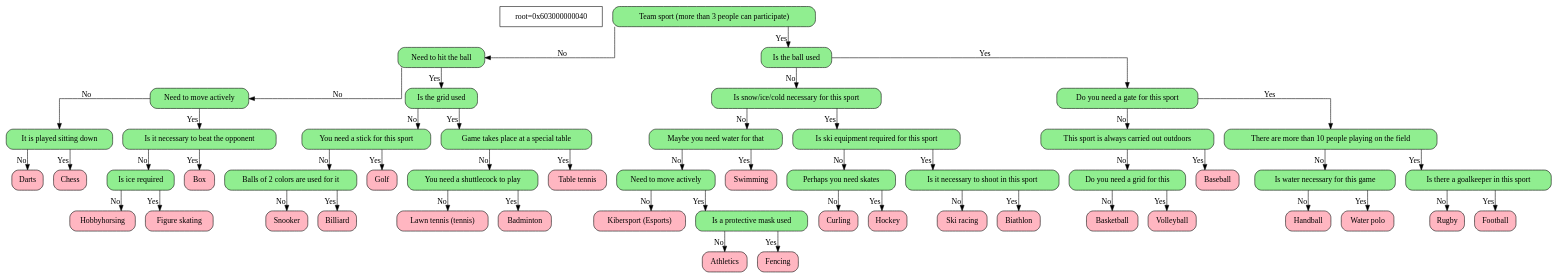
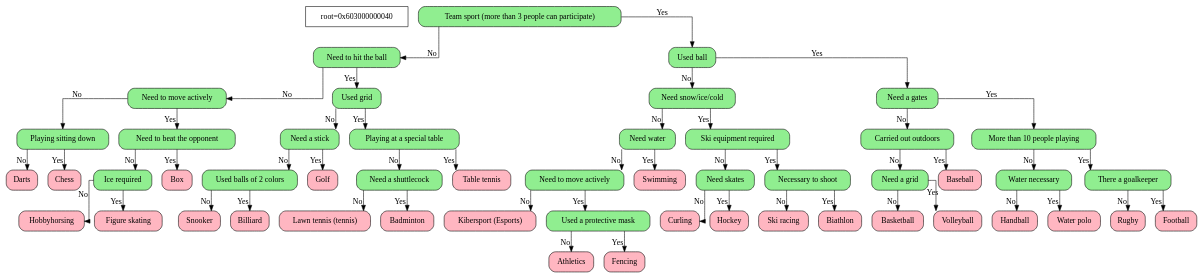
One commit to Yan103/Akinator changed the diagram in DumpFiles/dump.dot. Above: the diagram before and after it, drawn with Graphviz. The commit also changed 10 other files, not shown here.

```diff
--- a/DumpFiles/dump.dot
+++ b/DumpFiles/dump.dot
@@ -9,71 +9,71 @@
 	node0x603000000070->node0x6030000000a0[xlabel="No"]
 	node0x6030000000a0[shape=Mrecord,style="rounded,filled",fillcolor="lightgreen",label="{ Need to move actively }"]
 	node0x6030000000a0->node0x6030000000d0[xlabel="No"]
-	node0x6030000000d0[shape=Mrecord,style="rounded,filled",fillcolor="lightgreen",label="{ It is played sitting down }"]
+	node0x6030000000d0[shape=Mrecord,style="rounded,filled",fillcolor="lightgreen",label="{ Playing sitting down }"]
 	node0x6030000000d0->node0x603000000100[xlabel="No"]
 	node0x603000000100[shape=Mrecord,style="rounded,filled",fillcolor="lightpink",label="{ Darts }"]
 	node0x603000000100[shape=Mrecord,style="rounded,filled",fillcolor="lightpink",label="{ Darts }"]
-	node0x6030000000d0[shape=Mrecord,style="rounded,filled",fillcolor="lightgreen",label="{ It is played sitting down }"]
+	node0x6030000000d0[shape=Mrecord,style="rounded,filled",fillcolor="lightgreen",label="{ Playing sitting down }"]
 	node0x6030000000d0->node0x603000000130[xlabel="Yes"]
 	node0x603000000130[shape=Mrecord,style="rounded,filled",fillcolor="lightpink",label="{ Chess }"]
 	node0x603000000130[shape=Mrecord,style="rounded,filled",fillcolor="lightpink",label="{ Chess }"]
 	node0x6030000000a0[shape=Mrecord,style="rounded,filled",fillcolor="lightgreen",label="{ Need to move actively }"]
 	node0x6030000000a0->node0x603000000160[xlabel="Yes"]
-	node0x603000000160[shape=Mrecord,style="rounded,filled",fillcolor="lightgreen",label="{ Is it necessary to beat the opponent }"]
+	node0x603000000160[shape=Mrecord,style="rounded,filled",fillcolor="lightgreen",label="{ Need to beat the opponent }"]
 	node0x603000000160->node0x603000000190[xlabel="No"]
-	node0x603000000190[shape=Mrecord,style="rounded,filled",fillcolor="lightgreen",label="{ Is ice required }"]
+	node0x603000000190[shape=Mrecord,style="rounded,filled",fillcolor="lightgreen",label="{ Ice required }"]
 	node0x603000000190->node0x6030000001c0[xlabel="No"]
 	node0x6030000001c0[shape=Mrecord,style="rounded,filled",fillcolor="lightpink",label="{ Hobbyhorsing }"]
 	node0x6030000001c0[shape=Mrecord,style="rounded,filled",fillcolor="lightpink",label="{ Hobbyhorsing }"]
-	node0x603000000190[shape=Mrecord,style="rounded,filled",fillcolor="lightgreen",label="{ Is ice required }"]
+	node0x603000000190[shape=Mrecord,style="rounded,filled",fillcolor="lightgreen",label="{ Ice required }"]
 	node0x603000000190->node0x6030000001f0[xlabel="Yes"]
 	node0x6030000001f0[shape=Mrecord,style="rounded,filled",fillcolor="lightpink",label="{ Figure skating }"]
 	node0x6030000001f0[shape=Mrecord,style="rounded,filled",fillcolor="lightpink",label="{ Figure skating }"]
-	node0x603000000160[shape=Mrecord,style="rounded,filled",fillcolor="lightgreen",label="{ Is it necessary to beat the opponent }"]
+	node0x603000000160[shape=Mrecord,style="rounded,filled",fillcolor="lightgreen",label="{ Need to beat the opponent }"]
 	node0x603000000160->node0x603000000220[xlabel="Yes"]
 	node0x603000000220[shape=Mrecord,style="rounded,filled",fillcolor="lightpink",label="{ Box }"]
 	node0x603000000220[shape=Mrecord,style="rounded,filled",fillcolor="lightpink",label="{ Box }"]
 	node0x603000000070[shape=Mrecord,style="rounded,filled",fillcolor="lightgreen",label="{ Need to hit the ball }"]
 	node0x603000000070->node0x603000000250[xlabel="Yes"]
-	node0x603000000250[shape=Mrecord,style="rounded,filled",fillcolor="lightgreen",label="{ Is the grid used }"]
+	node0x603000000250[shape=Mrecord,style="rounded,filled",fillcolor="lightgreen",label="{ Used grid }"]
 	node0x603000000250->node0x603000000280[xlabel="No"]
-	node0x603000000280[shape=Mrecord,style="rounded,filled",fillcolor="lightgreen",label="{ You need a stick for this sport }"]
+	node0x603000000280[shape=Mrecord,style="rounded,filled",fillcolor="lightgreen",label="{ Need a stick }"]
 	node0x603000000280->node0x6030000002b0[xlabel="No"]
-	node0x6030000002b0[shape=Mrecord,style="rounded,filled",fillcolor="lightgreen",label="{ Balls of 2 colors are used for it }"]
+	node0x6030000002b0[shape=Mrecord,style="rounded,filled",fillcolor="lightgreen",label="{ Used balls of 2 colors }"]
 	node0x6030000002b0->node0x6030000002e0[xlabel="No"]
 	node0x6030000002e0[shape=Mrecord,style="rounded,filled",fillcolor="lightpink",label="{ Snooker }"]
 	node0x6030000002e0[shape=Mrecord,style="rounded,filled",fillcolor="lightpink",label="{ Snooker }"]
-	node0x6030000002b0[shape=Mrecord,style="rounded,filled",fillcolor="lightgreen",label="{ Balls of 2 colors are used for it }"]
+	node0x6030000002b0[shape=Mrecord,style="rounded,filled",fillcolor="lightgreen",label="{ Used balls of 2 colors }"]
 	node0x6030000002b0->node0x603000000310[xlabel="Yes"]
 	node0x603000000310[shape=Mrecord,style="rounded,filled",fillcolor="lightpink",label="{ Billiard }"]
 	node0x603000000310[shape=Mrecord,style="rounded,filled",fillcolor="lightpink",label="{ Billiard }"]
-	node0x603000000280[shape=Mrecord,style="rounded,filled",fillcolor="lightgreen",label="{ You need a stick for this sport }"]
+	node0x603000000280[shape=Mrecord,style="rounded,filled",fillcolor="lightgreen",label="{ Need a stick }"]
 	node0x603000000280->node0x603000000340[xlabel="Yes"]
 	node0x603000000340[shape=Mrecord,style="rounded,filled",fillcolor="lightpink",label="{ Golf }"]
 	node0x603000000340[shape=Mrecord,style="rounded,filled",fillcolor="lightpink",label="{ Golf }"]
-	node0x603000000250[shape=Mrecord,style="rounded,filled",fillcolor="lightgreen",label="{ Is the grid used }"]
+	node0x603000000250[shape=Mrecord,style="rounded,filled",fillcolor="lightgreen",label="{ Used grid }"]
 	node0x603000000250->node0x603000000370[xlabel="Yes"]
-	node0x603000000370[shape=Mrecord,style="rounded,filled",fillcolor="lightgreen",label="{ Game takes place at a special table }"]
+	node0x603000000370[shape=Mrecord,style="rounded,filled",fillcolor="lightgreen",label="{ Playing at a special table }"]
 	node0x603000000370->node0x6030000003a0[xlabel="No"]
-	node0x6030000003a0[shape=Mrecord,style="rounded,filled",fillcolor="lightgreen",label="{ You need a shuttlecock to play }"]
+	node0x6030000003a0[shape=Mrecord,style="rounded,filled",fillcolor="lightgreen",label="{ Need a shuttlecock }"]
 	node0x6030000003a0->node0x6030000003d0[xlabel="No"]
 	node0x6030000003d0[shape=Mrecord,style="rounded,filled",fillcolor="lightpink",label="{ Lawn tennis (tennis) }"]
 	node0x6030000003d0[shape=Mrecord,style="rounded,filled",fillcolor="lightpink",label="{ Lawn tennis (tennis) }"]
-	node0x6030000003a0[shape=Mrecord,style="rounded,filled",fillcolor="lightgreen",label="{ You need a shuttlecock to play }"]
+	node0x6030000003a0[shape=Mrecord,style="rounded,filled",fillcolor="lightgreen",label="{ Need a shuttlecock }"]
 	node0x6030000003a0->node0x603000000400[xlabel="Yes"]
 	node0x603000000400[shape=Mrecord,style="rounded,filled",fillcolor="lightpink",label="{ Badminton }"]
 	node0x603000000400[shape=Mrecord,style="rounded,filled",fillcolor="lightpink",label="{ Badminton }"]
-	node0x603000000370[shape=Mrecord,style="rounded,filled",fillcolor="lightgreen",label="{ Game takes place at a special table }"]
+	node0x603000000370[shape=Mrecord,style="rounded,filled",fillcolor="lightgreen",label="{ Playing at a special table }"]
 	node0x603000000370->node0x603000000430[xlabel="Yes"]
 	node0x603000000430[shape=Mrecord,style="rounded,filled",fillcolor="lightpink",label="{ Table tennis }"]
 	node0x603000000430[shape=Mrecord,style="rounded,filled",fillcolor="lightpink",label="{ Table tennis }"]
 	node0x603000000040[shape=Mrecord,style="rounded,filled",fillcolor="lightgreen",label="{ Team sport (more than 3 people can participate) }"]
 	node0x603000000040->node0x603000000460[xlabel="Yes"]
-	node0x603000000460[shape=Mrecord,style="rounded,filled",fillcolor="lightgreen",label="{ Is the ball used }"]
+	node0x603000000460[shape=Mrecord,style="rounded,filled",fillcolor="lightgreen",label="{ Used ball }"]
 	node0x603000000460->node0x603000000490[xlabel="No"]
-	node0x603000000490[shape=Mrecord,style="rounded,filled",fillcolor="lightgreen",label="{ Is snow/ice/cold necessary for this sport }"]
+	node0x603000000490[shape=Mrecord,style="rounded,filled",fillcolor="lightgreen",label="{ Need snow/ice/cold }"]
 	node0x603000000490->node0x6030000004c0[xlabel="No"]
-	node0x6030000004c0[shape=Mrecord,style="rounded,filled",fillcolor="lightgreen",label="{ Maybe you need water for that }"]
+	node0x6030000004c0[shape=Mrecord,style="rounded,filled",fillcolor="lightgreen",label="{ Need water }"]
 	node0x6030000004c0->node0x6030000004f0[xlabel="No"]
 	node0x6030000004f0[shape=Mrecord,style="rounded,filled",fillcolor="lightgreen",label="{ Need to move actively }"]
 	node0x6030000004f0->node0x603000000520[xlabel="No"]
@@ -81,77 +81,77 @@
 	node0x603000000520[shape=Mrecord,style="rounded,filled",fillcolor="lightpink",label="{ Kibersport (Esports) }"]
 	node0x6030000004f0[shape=Mrecord,style="rounded,filled",fillcolor="lightgreen",label="{ Need to move actively }"]
 	node0x6030000004f0->node0x603000000550[xlabel="Yes"]
-	node0x603000000550[shape=Mrecord,style="rounded,filled",fillcolor="lightgreen",label="{ Is a protective mask used }"]
+	node0x603000000550[shape=Mrecord,style="rounded,filled",fillcolor="lightgreen",label="{ Used a protective mask }"]
 	node0x603000000550->node0x603000000580[xlabel="No"]
 	node0x603000000580[shape=Mrecord,style="rounded,filled",fillcolor="lightpink",label="{ Athletics }"]
 	node0x603000000580[shape=Mrecord,style="rounded,filled",fillcolor="lightpink",label="{ Athletics }"]
-	node0x603000000550[shape=Mrecord,style="rounded,filled",fillcolor="lightgreen",label="{ Is a protective mask used }"]
+	node0x603000000550[shape=Mrecord,style="rounded,filled",fillcolor="lightgreen",label="{ Used a protective mask }"]
 	node0x603000000550->node0x6030000005b0[xlabel="Yes"]
 	node0x6030000005b0[shape=Mrecord,style="rounded,filled",fillcolor="lightpink",label="{ Fencing }"]
 	node0x6030000005b0[shape=Mrecord,style="rounded,filled",fillcolor="lightpink",label="{ Fencing }"]
-	node0x6030000004c0[shape=Mrecord,style="rounded,filled",fillcolor="lightgreen",label="{ Maybe you need water for that }"]
+	node0x6030000004c0[shape=Mrecord,style="rounded,filled",fillcolor="lightgreen",label="{ Need water }"]
 	node0x6030000004c0->node0x6030000005e0[xlabel="Yes"]
 	node0x6030000005e0[shape=Mrecord,style="rounded,filled",fillcolor="lightpink",label="{ Swimming }"]
 	node0x6030000005e0[shape=Mrecord,style="rounded,filled",fillcolor="lightpink",label="{ Swimming }"]
-	node0x603000000490[shape=Mrecord,style="rounded,filled",fillcolor="lightgreen",label="{ Is snow/ice/cold necessary for this sport }"]
+	node0x603000000490[shape=Mrecord,style="rounded,filled",fillcolor="lightgreen",label="{ Need snow/ice/cold }"]
 	node0x603000000490->node0x603000000610[xlabel="Yes"]
-	node0x603000000610[shape=Mrecord,style="rounded,filled",fillcolor="lightgreen",label="{ Is ski equipment required for this sport }"]
+	node0x603000000610[shape=Mrecord,style="rounded,filled",fillcolor="lightgreen",label="{ Ski equipment required }"]
 	node0x603000000610->node0x603000000640[xlabel="No"]
-	node0x603000000640[shape=Mrecord,style="rounded,filled",fillcolor="lightgreen",label="{ Perhaps you need skates }"]
+	node0x603000000640[shape=Mrecord,style="rounded,filled",fillcolor="lightgreen",label="{ Need skates }"]
 	node0x603000000640->node0x603000000670[xlabel="No"]
 	node0x603000000670[shape=Mrecord,style="rounded,filled",fillcolor="lightpink",label="{ Curling }"]
 	node0x603000000670[shape=Mrecord,style="rounded,filled",fillcolor="lightpink",label="{ Curling }"]
-	node0x603000000640[shape=Mrecord,style="rounded,filled",fillcolor="lightgreen",label="{ Perhaps you need skates }"]
+	node0x603000000640[shape=Mrecord,style="rounded,filled",fillcolor="lightgreen",label="{ Need skates }"]
 	node0x603000000640->node0x6030000006a0[xlabel="Yes"]
 	node0x6030000006a0[shape=Mrecord,style="rounded,filled",fillcolor="lightpink",label="{ Hockey }"]
 	node0x6030000006a0[shape=Mrecord,style="rounded,filled",fillcolor="lightpink",label="{ Hockey }"]
-	node0x603000000610[shape=Mrecord,style="rounded,filled",fillcolor="lightgreen",label="{ Is ski equipment required for this sport }"]
+	node0x603000000610[shape=Mrecord,style="rounded,filled",fillcolor="lightgreen",label="{ Ski equipment required }"]
 	node0x603000000610->node0x6030000006d0[xlabel="Yes"]
-	node0x6030000006d0[shape=Mrecord,style="rounded,filled",fillcolor="lightgreen",label="{ Is it necessary to shoot in this sport }"]
+	node0x6030000006d0[shape=Mrecord,style="rounded,filled",fillcolor="lightgreen",label="{ Necessary to shoot }"]
 	node0x6030000006d0->node0x603000000700[xlabel="No"]
 	node0x603000000700[shape=Mrecord,style="rounded,filled",fillcolor="lightpink",label="{ Ski racing }"]
 	node0x603000000700[shape=Mrecord,style="rounded,filled",fillcolor="lightpink",label="{ Ski racing }"]
-	node0x6030000006d0[shape=Mrecord,style="rounded,filled",fillcolor="lightgreen",label="{ Is it necessary to shoot in this sport }"]
+	node0x6030000006d0[shape=Mrecord,style="rounded,filled",fillcolor="lightgreen",label="{ Necessary to shoot }"]
 	node0x6030000006d0->node0x603000000730[xlabel="Yes"]
 	node0x603000000730[shape=Mrecord,style="rounded,filled",fillcolor="lightpink",label="{ Biathlon }"]
 	node0x603000000730[shape=Mrecord,style="rounded,filled",fillcolor="lightpink",label="{ Biathlon }"]
-	node0x603000000460[shape=Mrecord,style="rounded,filled",fillcolor="lightgreen",label="{ Is the ball used }"]
+	node0x603000000460[shape=Mrecord,style="rounded,filled",fillcolor="lightgreen",label="{ Used ball }"]
 	node0x603000000460->node0x603000000760[xlabel="Yes"]
-	node0x603000000760[shape=Mrecord,style="rounded,filled",fillcolor="lightgreen",label="{ Do you need a gate for this sport }"]
+	node0x603000000760[shape=Mrecord,style="rounded,filled",fillcolor="lightgreen",label="{ Need a gates }"]
 	node0x603000000760->node0x603000000790[xlabel="No"]
-	node0x603000000790[shape=Mrecord,style="rounded,filled",fillcolor="lightgreen",label="{ This sport is always carried out outdoors }"]
+	node0x603000000790[shape=Mrecord,style="rounded,filled",fillcolor="lightgreen",label="{ Carried out outdoors }"]
 	node0x603000000790->node0x6030000007c0[xlabel="No"]
-	node0x6030000007c0[shape=Mrecord,style="rounded,filled",fillcolor="lightgreen",label="{ Do you need a grid for this }"]
+	node0x6030000007c0[shape=Mrecord,style="rounded,filled",fillcolor="lightgreen",label="{ Need a grid }"]
 	node0x6030000007c0->node0x6030000007f0[xlabel="No"]
 	node0x6030000007f0[shape=Mrecord,style="rounded,filled",fillcolor="lightpink",label="{ Basketball }"]
 	node0x6030000007f0[shape=Mrecord,style="rounded,filled",fillcolor="lightpink",label="{ Basketball }"]
-	node0x6030000007c0[shape=Mrecord,style="rounded,filled",fillcolor="lightgreen",label="{ Do you need a grid for this }"]
+	node0x6030000007c0[shape=Mrecord,style="rounded,filled",fillcolor="lightgreen",label="{ Need a grid }"]
 	node0x6030000007c0->node0x603000000820[xlabel="Yes"]
 	node0x603000000820[shape=Mrecord,style="rounded,filled",fillcolor="lightpink",label="{ Volleyball }"]
 	node0x603000000820[shape=Mrecord,style="rounded,filled",fillcolor="lightpink",label="{ Volleyball }"]
-	node0x603000000790[shape=Mrecord,style="rounded,filled",fillcolor="lightgreen",label="{ This sport is always carried out outdoors }"]
+	node0x603000000790[shape=Mrecord,style="rounded,filled",fillcolor="lightgreen",label="{ Carried out outdoors }"]
 	node0x603000000790->node0x603000000850[xlabel="Yes"]
 	node0x603000000850[shape=Mrecord,style="rounded,filled",fillcolor="lightpink",label="{ Baseball }"]
 	node0x603000000850[shape=Mrecord,style="rounded,filled",fillcolor="lightpink",label="{ Baseball }"]
-	node0x603000000760[shape=Mrecord,style="rounded,filled",fillcolor="lightgreen",label="{ Do you need a gate for this sport }"]
+	node0x603000000760[shape=Mrecord,style="rounded,filled",fillcolor="lightgreen",label="{ Need a gates }"]
 	node0x603000000760->node0x603000000880[xlabel="Yes"]
-	node0x603000000880[shape=Mrecord,style="rounded,filled",fillcolor="lightgreen",label="{ There are more than 10 people playing on the field }"]
+	node0x603000000880[shape=Mrecord,style="rounded,filled",fillcolor="lightgreen",label="{ More than 10 people playing }"]
 	node0x603000000880->node0x6030000008b0[xlabel="No"]
-	node0x6030000008b0[shape=Mrecord,style="rounded,filled",fillcolor="lightgreen",label="{ Is water necessary for this game }"]
+	node0x6030000008b0[shape=Mrecord,style="rounded,filled",fillcolor="lightgreen",label="{ Water necessary }"]
 	node0x6030000008b0->node0x6030000008e0[xlabel="No"]
 	node0x6030000008e0[shape=Mrecord,style="rounded,filled",fillcolor="lightpink",label="{ Handball }"]
 	node0x6030000008e0[shape=Mrecord,style="rounded,filled",fillcolor="lightpink",label="{ Handball }"]
-	node0x6030000008b0[shape=Mrecord,style="rounded,filled",fillcolor="lightgreen",label="{ Is water necessary for this game }"]
+	node0x6030000008b0[shape=Mrecord,style="rounded,filled",fillcolor="lightgreen",label="{ Water necessary }"]
 	node0x6030000008b0->node0x603000000910[xlabel="Yes"]
 	node0x603000000910[shape=Mrecord,style="rounded,filled",fillcolor="lightpink",label="{ Water polo }"]
 	node0x603000000910[shape=Mrecord,style="rounded,filled",fillcolor="lightpink",label="{ Water polo }"]
-	node0x603000000880[shape=Mrecord,style="rounded,filled",fillcolor="lightgreen",label="{ There are more than 10 people playing on the field }"]
+	node0x603000000880[shape=Mrecord,style="rounded,filled",fillcolor="lightgreen",label="{ More than 10 people playing }"]
 	node0x603000000880->node0x603000000940[xlabel="Yes"]
-	node0x603000000940[shape=Mrecord,style="rounded,filled",fillcolor="lightgreen",label="{ Is there a goalkeeper in this sport }"]
+	node0x603000000940[shape=Mrecord,style="rounded,filled",fillcolor="lightgreen",label="{ There a goalkeeper }"]
 	node0x603000000940->node0x603000000970[xlabel="No"]
 	node0x603000000970[shape=Mrecord,style="rounded,filled",fillcolor="lightpink",label="{ Rugby }"]
 	node0x603000000970[shape=Mrecord,style="rounded,filled",fillcolor="lightpink",label="{ Rugby }"]
-	node0x603000000940[shape=Mrecord,style="rounded,filled",fillcolor="lightgreen",label="{ Is there a goalkeeper in this sport }"]
+	node0x603000000940[shape=Mrecord,style="rounded,filled",fillcolor="lightgreen",label="{ There a goalkeeper }"]
 	node0x603000000940->node0x6030000009a0[xlabel="Yes"]
 	node0x6030000009a0[shape=Mrecord,style="rounded,filled",fillcolor="lightpink",label="{ Football }"]
 	node0x6030000009a0[shape=Mrecord,style="rounded,filled",fillcolor="lightpink",label="{ Football }"]
```
